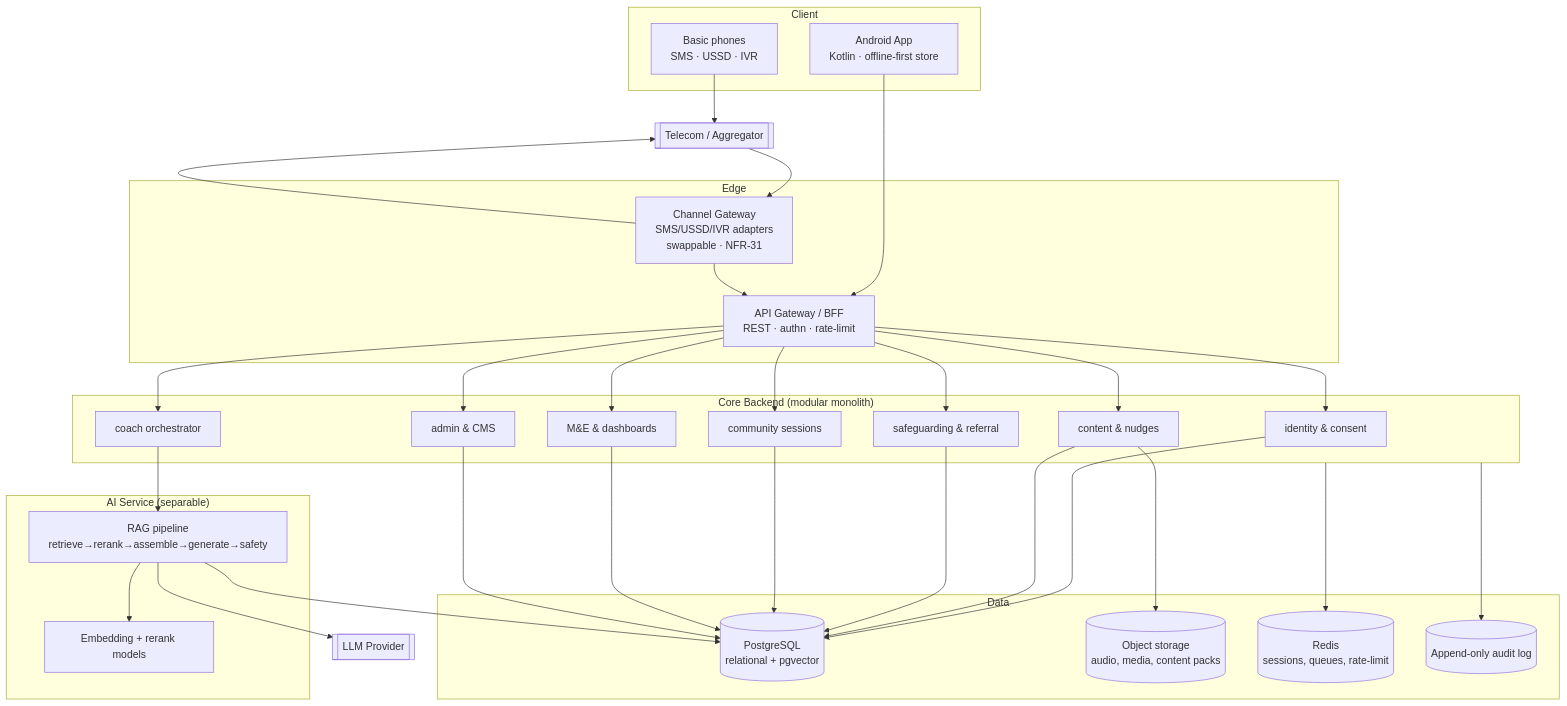
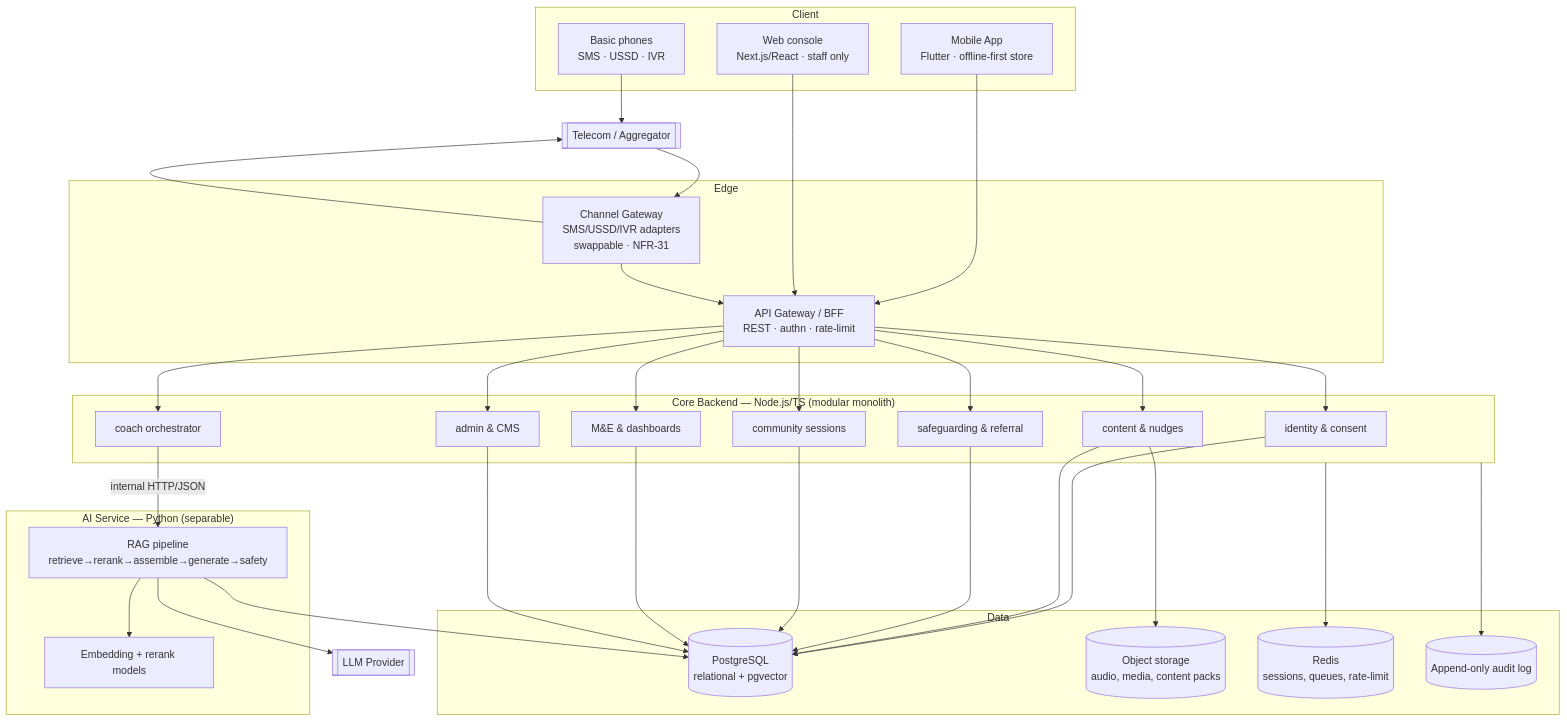
One commit to kingblessolivier/ParentConnect_AI changed the second of 3 diagrams in docs/architecture/system-architecture.md. Above: the diagram before and after it, drawn with Mermaid. The commit also changed other lines of this file and 11 other files, not shown here.

First line of the commit message:
docs: switch stack to Node.js backend, Flutter mobile, Next.js web

````diff
--- a/docs/architecture/system-architecture.md
+++ b/docs/architecture/system-architecture.md
@@ -44,50 +44,52 @@
 ```mermaid
 flowchart TB
     subgraph Client
-      APP[Android App<br/>Kotlin · offline-first store]
+      APP[Mobile App<br/>Flutter · offline-first store]
+      WEBC[Web console<br/>Next.js/React · staff only]
       BASIC[Basic phones<br/>SMS · USSD · IVR]
     end
 
     subgraph Edge
       GW[Channel Gateway<br/>SMS/USSD/IVR adapters<br/>swappable · NFR-31]
       APIGW[API Gateway / BFF<br/>REST · authn · rate-limit]
     end
 
-    subgraph Core["Core Backend (modular monolith)"]
+    subgraph Core["Core Backend — Node.js/TS (modular monolith)"]
       IDN[identity & consent]
       COACH[coach orchestrator]
       CONTENT[content & nudges]
       SAFE[safeguarding & referral]
       SESS[community sessions]
       ME[M&E & dashboards]
       ADMIN[admin & CMS]
     end
 
-    subgraph AI["AI Service (separable)"]
+    subgraph AI["AI Service — Python (separable)"]
       RAG[RAG pipeline<br/>retrieve→rerank→assemble→generate→safety]
       EMB[Embedding + rerank models]
     end
 
     subgraph Data
       PG[(PostgreSQL<br/>relational + pgvector)]
       OBJ[(Object storage<br/>audio, media, content packs)]
       CACHE[(Redis<br/>sessions, queues, rate-limit)]
       AUDIT[(Append-only audit log)]
     end
 
     LLM[[LLM Provider]]
     TEL[[Telecom / Aggregator]]
 
     APP --> APIGW
+    WEBC --> APIGW
     BASIC --> TEL --> GW --> APIGW
     APIGW --> IDN & COACH & CONTENT & SAFE & SESS & ME & ADMIN
-    COACH --> RAG
+    COACH -->|internal HTTP/JSON| RAG
     RAG --> EMB
     RAG --> PG
     RAG --> LLM
     IDN & CONTENT & SAFE & SESS & ME & ADMIN --> PG
     CONTENT --> OBJ
     Core --> CACHE
     Core --> AUDIT
     GW --> TEL
 ```
````
